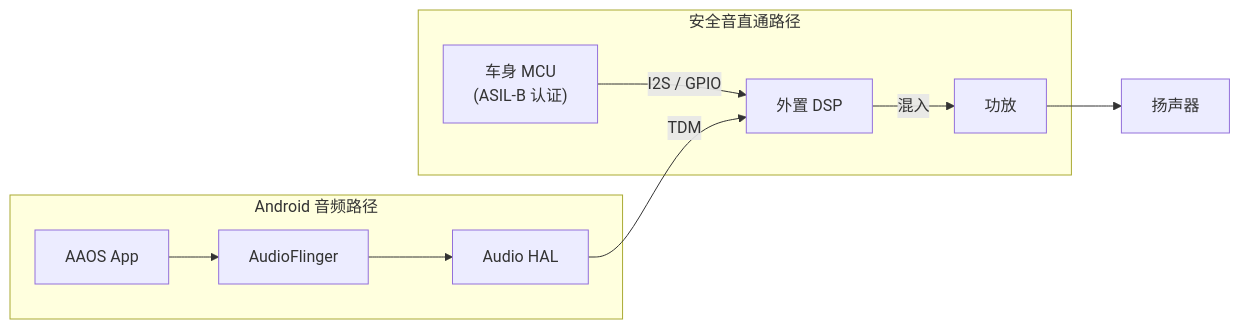
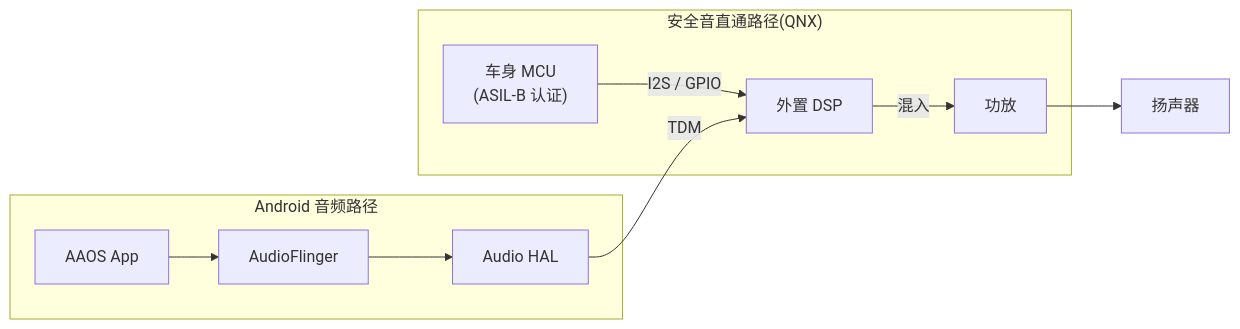
One commit to Sunliming001/awesome-audio-knowledge changed the third of 5 diagrams in 06-Automotive-Audio/01-Overview.md. Above: the diagram before and after it, drawn with Mermaid. The commit also changed other lines of this file and 2 other files, not shown here.

Commit message:
audioflinger和automotive 新增内容

````diff
--- a/06-Automotive-Audio/01-Overview.md
+++ b/06-Automotive-Audio/01-Overview.md
@@ -185,15 +185,15 @@
 ```mermaid
 graph LR
-    subgraph Safety_Path ["安全音直通路径"]
+    subgraph Safety_Path ["安全音直通路径(QNX)"]
         MCU["车身 MCU<br/>(ASIL-B 认证)"] -->|I2S / GPIO| EDSP["外置 DSP"]
         EDSP -->|混入| AMP["功放"]
     end
     
     subgraph Android_Path ["Android 音频路径"]
         AAOS["AAOS App"] --> AF["AudioFlinger"]
         AF --> HAL["Audio HAL"]
         HAL -->|TDM| EDSP
     end
     
     AMP --> SPK["扬声器"]
 ```
````
